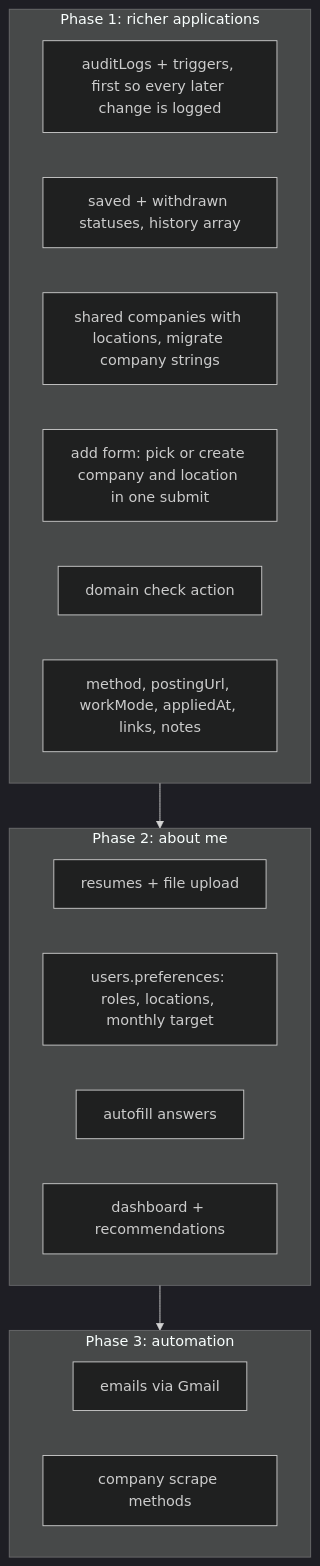
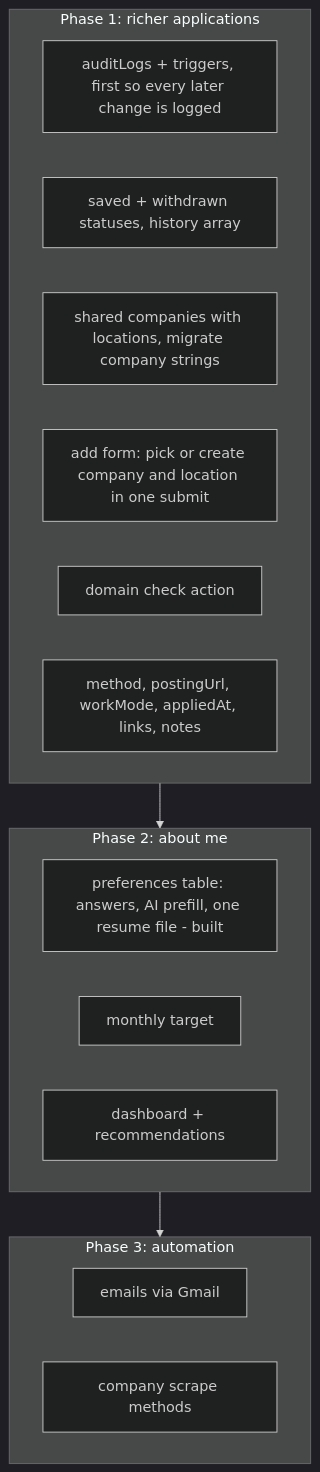
The seventh of 7 diagrams in docs/database-design.md (saranatour1/job-tracking-helper), drawn with Mermaid (dark theme) before and after one commit. The commit also changed other lines of this file and 17 other files, not shown here.

First line of the commit message:
refactor(preferences): move preferences into their own table

````diff
--- a/docs/database-design.md
+++ b/docs/database-design.md
@@ -314,22 +315,21 @@
 ```mermaid
 flowchart TD
     subgraph P1[Phase 1: richer applications]
         S0[auditLogs + triggers, first so every later change is logged]
         S1[saved + withdrawn statuses, history array]
         S3[shared companies with locations, migrate company strings]
         S3b[add form: pick or create company and location in one submit]
         S3c[domain check action]
         S4[method, postingUrl, workMode, appliedAt, links, notes]
     end
     subgraph P2[Phase 2: about me]
-        S5[resumes + file upload]
-        S6[users.preferences: roles, locations, monthly target]
-        S7[autofill answers]
+        S5[preferences table: answers, AI prefill, one resume file - built]
+        S6[monthly target]
         S8[dashboard + recommendations]
     end
     subgraph P3[Phase 3: automation]
         S9[emails via Gmail]
         S11[company scrape methods]
     end
     P1 --> P2 --> P3
 ```
````
